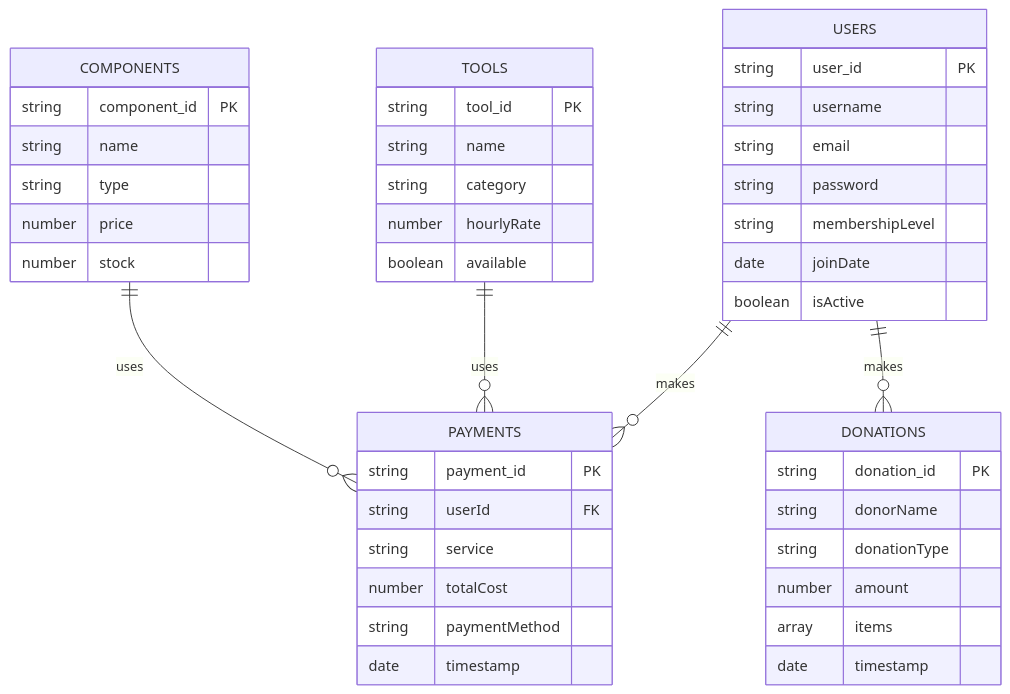
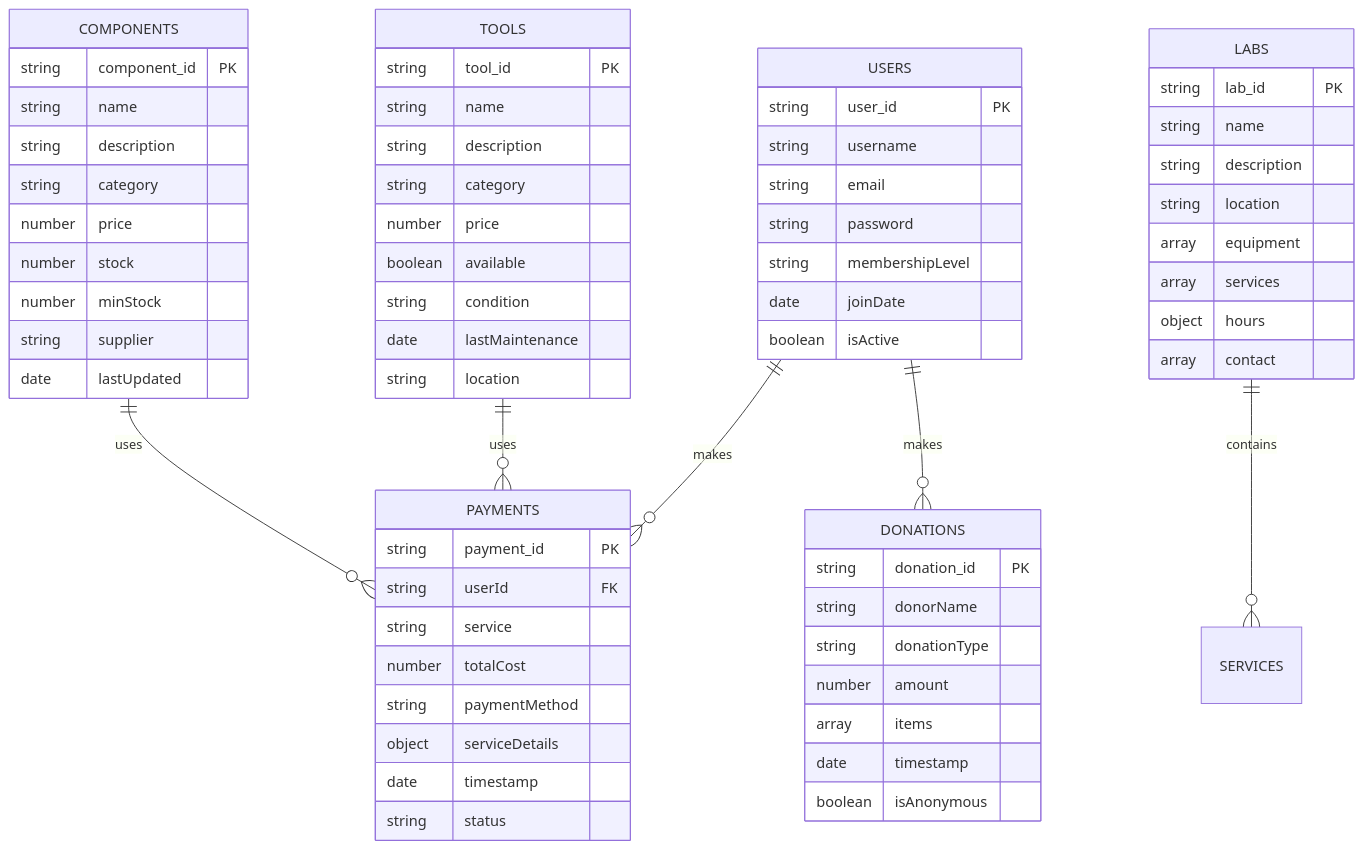
Before and after one commit to ehmjhay11/hackathon: the second of 7 diagrams in trackify/ARCHITECTURE.md, drawn with Mermaid. The commit also changed other lines of this file, not shown here.

Commit message:
updated-architecture

````diff
--- a/trackify/ARCHITECTURE.md
+++ b/trackify/ARCHITECTURE.md
@@ -84,51 +123,74 @@
 ```mermaid
 erDiagram
     USERS ||--o{ PAYMENTS : makes
     USERS ||--o{ DONATIONS : makes
     TOOLS ||--o{ PAYMENTS : uses
     COMPONENTS ||--o{ PAYMENTS : uses
+    LABS ||--o{ SERVICES : contains
     
     USERS {
         string user_id PK
         string username
         string email
         string password
         string membershipLevel
         date joinDate
         boolean isActive
     }
     
     PAYMENTS {
         string payment_id PK
         string userId FK
         string service
         number totalCost
         string paymentMethod
+        object serviceDetails
         date timestamp
+        string status
     }
     
     DONATIONS {
         string donation_id PK
         string donorName
         string donationType
         number amount
         array items
         date timestamp
+        boolean isAnonymous
     }
     
     TOOLS {
         string tool_id PK
         string name
+        string description
         string category
-        number hourlyRate
+        number price
         boolean available
+        string condition
+        date lastMaintenance
+        string location
     }
     
     COMPONENTS {
         string component_id PK
         string name
-        string type
+        string description
+        string category
         number price
         number stock
+        number minStock
+        string supplier
+        date lastUpdated
+    }
+    
+    LABS {
+        string lab_id PK
+        string name
+        string description
+        string location
+        array equipment
+        array services
+        object hours
+        array contact
     }
 ```
````
